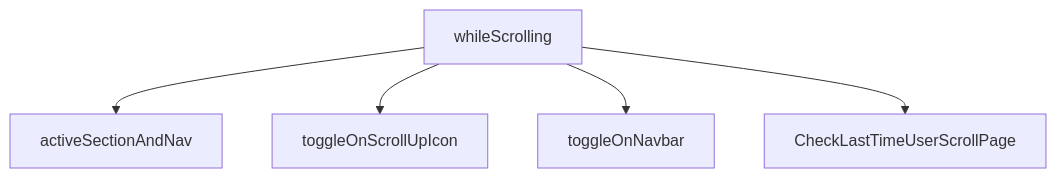
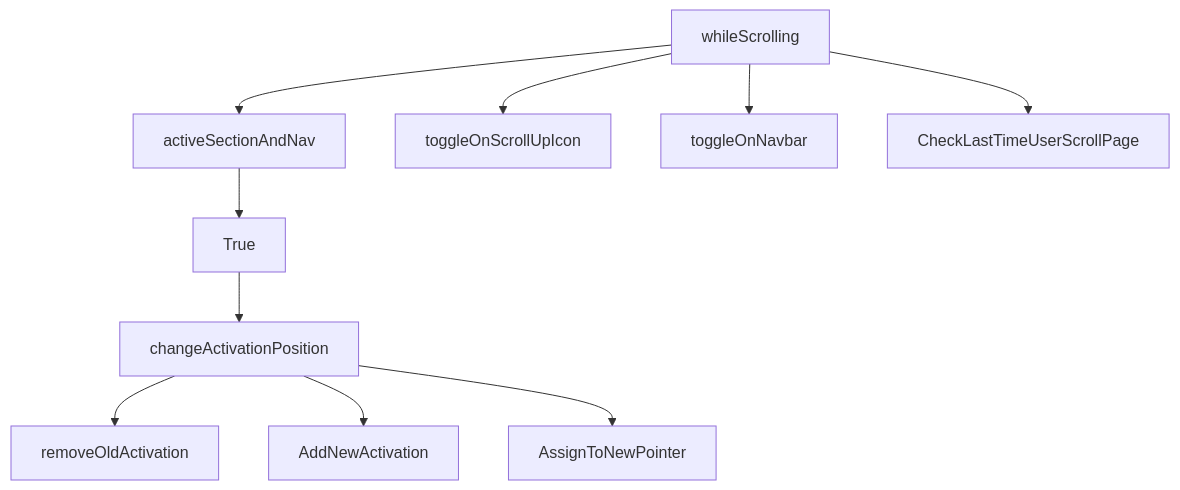
The third of 3 diagrams in Quiz/README.MD (Ftohtarek/Udacity-Project), drawn with Mermaid before and after one commit.

Commit message:
Basic writing and formatting syntax

````diff
--- a/Quiz/README.MD
+++ b/Quiz/README.MD
@@ -76,7 +76,12 @@
 ```mermaid
 graph TD;
     whileScrolling-->activeSectionAndNav;
     whileScrolling-->toggleOnScrollUpIcon;
     whileScrolling-->toggleOnNavbar;
     whileScrolling-->CheckLastTimeUserScrollPage;
+    activeSectionAndNav-->True;
+    True-->changeActivationPosition;
+    changeActivationPosition-->removeOldActivation;
+    changeActivationPosition-->AddNewActivation;
+    changeActivationPosition-->AssignToNewPointer;
 ```
````
